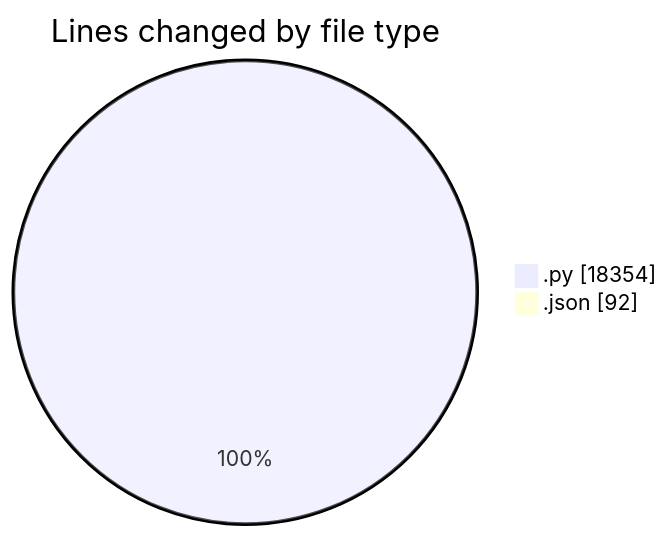
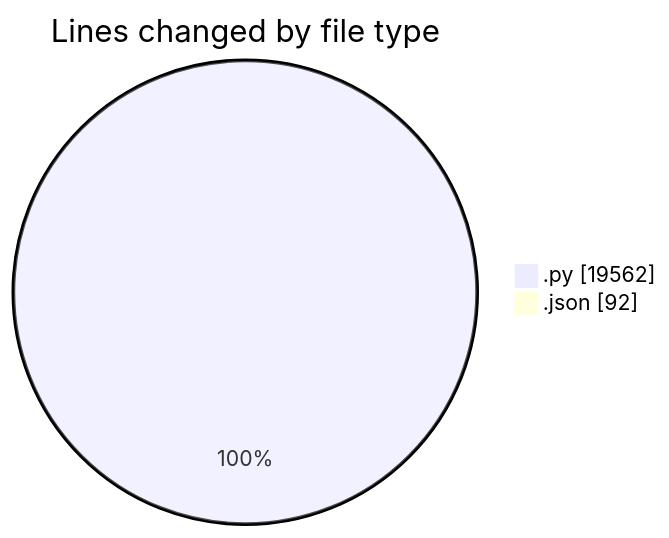
One commit to jrari/code-tracking changed the first of 2 diagrams in 2025-07-13/telebot/README.md. Above: the diagram before and after it, drawn with Mermaid. The commit also changed other lines of this file and 1 other file, not shown here.

````diff
--- a/2025-07-13/telebot/README.md
+++ b/2025-07-13/telebot/README.md
@@ -46,6 +50,6 @@
 ```mermaid
 pie showData
 title Lines changed by file type
-".py" : 18354
+".py" : 19562
 ".json" : 92
 ```
````
